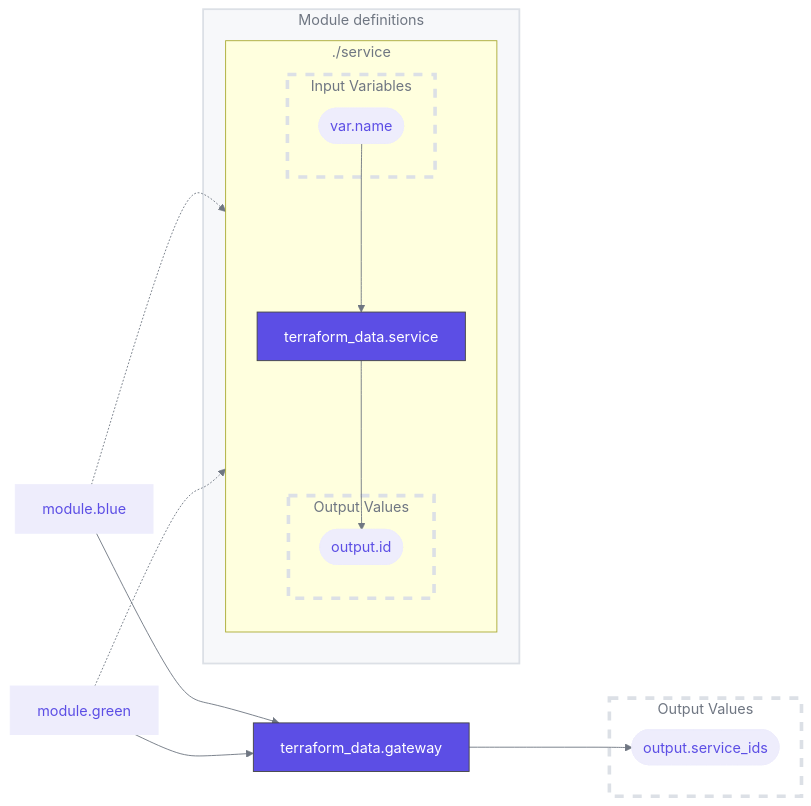
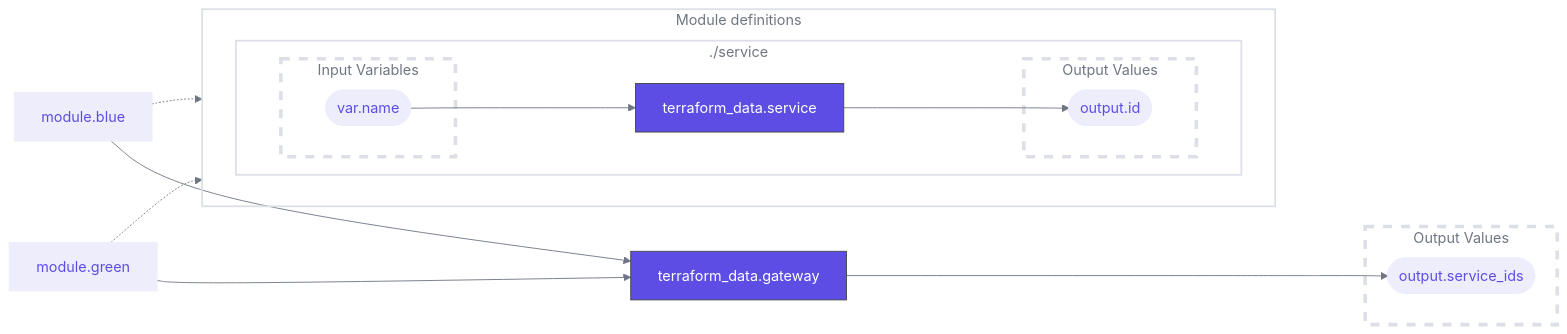
One commit to asannou/tfmermaid-action changed the third of 20 diagrams in README.md. Above: the diagram before and after it, drawn with Mermaid. The commit also changed 2 other files, not shown here.

Commit message:
Fix deduplicated module definition styling

````diff
--- a/README.md
+++ b/README.md
@@ -133,40 +133,43 @@
 ```mermaid
 %%tfmermaid:module-views/deduplicated
 %%{init:{"theme":"default","themeVariables":{"lineColor":"#6f7682","textColor":"#6f7682"}}}%%
 flowchart LR
 classDef r fill:#5c4ee5,stroke:#444,color:#fff
 classDef v fill:#eeedfc,stroke:#eeedfc,color:#5c4ee5
 classDef ms fill:none,stroke:#dce0e6,stroke-width:2px
 classDef vs fill:none,stroke:#dce0e6,stroke-width:4px,stroke-dasharray:10
 classDef ps fill:none,stroke:none
 classDef cs fill:#f7f8fa,stroke:#dce0e6,stroke-width:2px
 n0["module.blue"]:::v
 n1["module.green"]:::v
 n2["terraform_data.gateway"]:::r
 subgraph "n3"["Output Values"]
 n4(["output.service_ids"]):::v
 end
 class n3 vs
 subgraph "n5"["Module definitions"]
+direction LR
 subgraph "n6"["./service"]
+direction LR
 n7["terraform_data.service"]:::r
 subgraph "n8"["Output Values"]
 n9(["output.id"]):::v
 end
 class n8 vs
 subgraph "na"["Input Variables"]
 nb(["var.name"]):::v
 end
 class na vs
 end
 class n6 ms
+style n6 fill:none,stroke:#dce0e6,stroke-width:2px
 end
-class n5 cs
+class n5 ms
 n2--->n4
 n0-->n2
 n1-->n2
 n7--->n9
 nb--->n7
 n0-.->n6
 n1-.->n6
 ```
````
